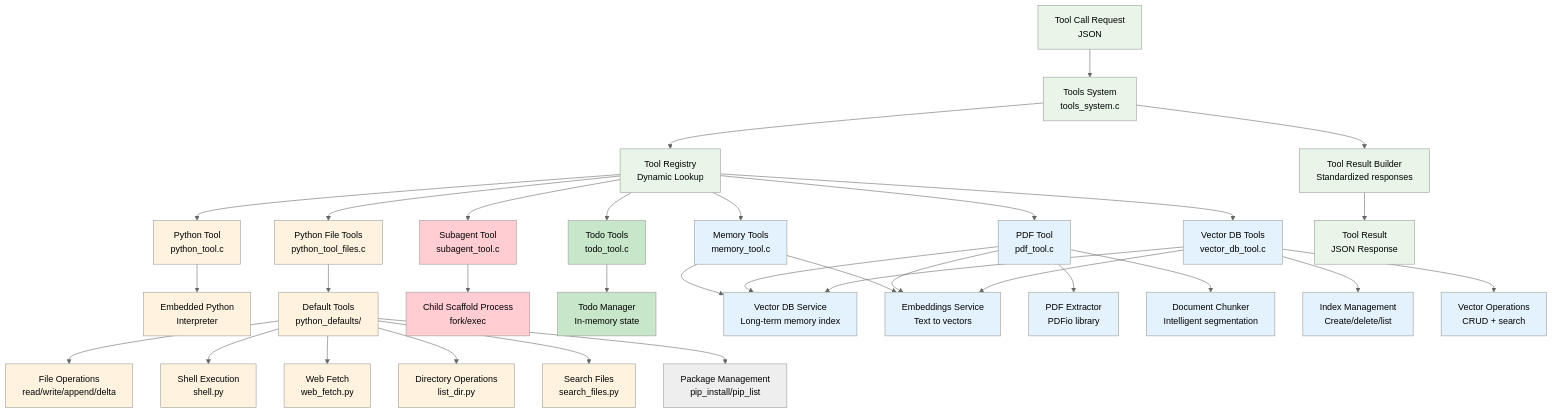
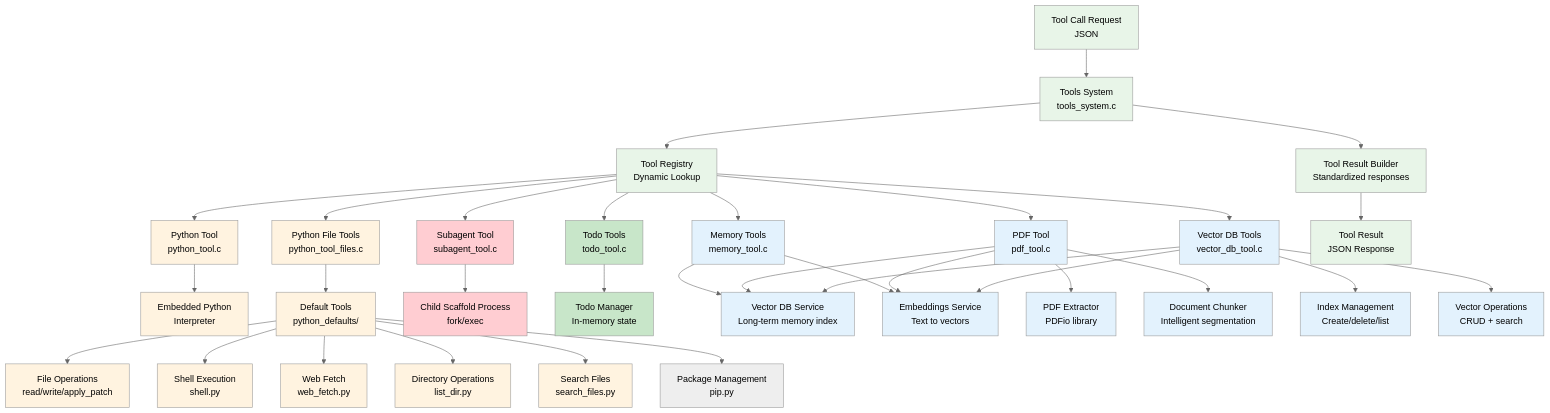
The seventh of 20 diagrams in ARCHITECTURE.md (tgittos/scaffold), drawn with Mermaid (neutral theme) before and after one commit. The commit also changed other lines of this file and 31 other files, not shown here.

````diff
--- a/ARCHITECTURE.md
+++ b/ARCHITECTURE.md
@@ -371,55 +371,55 @@
 ```mermaid
 graph TB
     ToolCall[Tool Call Request<br/>JSON] --> ToolSystem[Tools System<br/>tools_system.c]
     ToolSystem --> ToolRegistry[Tool Registry<br/>Dynamic Lookup]
 
     ToolRegistry --> PythonTool[Python Tool<br/>python_tool.c]
     ToolRegistry --> MemoryTools[Memory Tools<br/>memory_tool.c]
     ToolRegistry --> PDFTools[PDF Tool<br/>pdf_tool.c]
     ToolRegistry --> VectorDBTools[Vector DB Tools<br/>vector_db_tool.c]
     ToolRegistry --> SubagentTool[Subagent Tool<br/>subagent_tool.c]
     ToolRegistry --> PythonFileTools[Python File Tools<br/>python_tool_files.c]
     ToolRegistry --> TodoTools[Todo Tools<br/>todo_tool.c]
 
     PythonTool --> PythonInterpreter[Embedded Python<br/>Interpreter]
 
     PythonFileTools --> DefaultTools[Default Tools<br/>python_defaults/]
-    DefaultTools --> FileOps[File Operations<br/>read/write/append/delta]
+    DefaultTools --> FileOps[File Operations<br/>read/write/apply_patch]
     DefaultTools --> ShellOp[Shell Execution<br/>shell.py]
     DefaultTools --> WebFetch[Web Fetch<br/>web_fetch.py]
     DefaultTools --> DirOps[Directory Operations<br/>list_dir.py]
     DefaultTools --> SearchOp[Search Files<br/>search_files.py]
-    DefaultTools --> PipTools[Package Management<br/>pip_install/pip_list]
+    DefaultTools --> PipTools[Package Management<br/>pip.py]
 
     SubagentTool --> ChildProcess[Child Scaffold Process<br/>fork/exec]
 
     TodoTools --> TodoMgr[Todo Manager<br/>In-memory state]
 
     MemoryTools --> VectorDBSvc[Vector DB Service<br/>Long-term memory index]
     MemoryTools --> EmbeddingsSvc[Embeddings Service<br/>Text to vectors]
 
     PDFTools --> PDFExtractor[PDF Extractor<br/>PDFio library]
     PDFTools --> DocumentChunker[Document Chunker<br/>Intelligent segmentation]
     PDFTools --> VectorDBSvc
     PDFTools --> EmbeddingsSvc
 
     VectorDBTools --> VectorDBSvc
     VectorDBTools --> EmbeddingsSvc
     VectorDBTools --> IndexMgmt[Index Management<br/>Create/delete/list]
     VectorDBTools --> VectorOps[Vector Operations<br/>CRUD + search]
 
     ToolSystem --> ToolResultBuilder[Tool Result Builder<br/>Standardized responses]
     ToolResultBuilder --> ToolResult[Tool Result<br/>JSON Response]
 
     classDef toolCore fill:#e8f5e8
     classDef toolImpl fill:#c8e6c9
     classDef vectorTools fill:#e3f2fd
     classDef pythonTools fill:#fff3e0
     classDef external fill:#ffcdd2
 
     class ToolCall,ToolSystem,ToolRegistry,ToolResult,ToolResultBuilder toolCore
     class TodoTools,TodoMgr toolImpl
     class MemoryTools,PDFTools,VectorDBTools,VectorDBSvc,EmbeddingsSvc,PDFExtractor,DocumentChunker,IndexMgmt,VectorOps vectorTools
     class PythonTool,PythonFileTools,DefaultTools,FileOps,ShellOp,WebFetch,DirOps,SearchOp,PythonInterpreter pythonTools
     class SubagentTool,ChildProcess external
 ```
````
